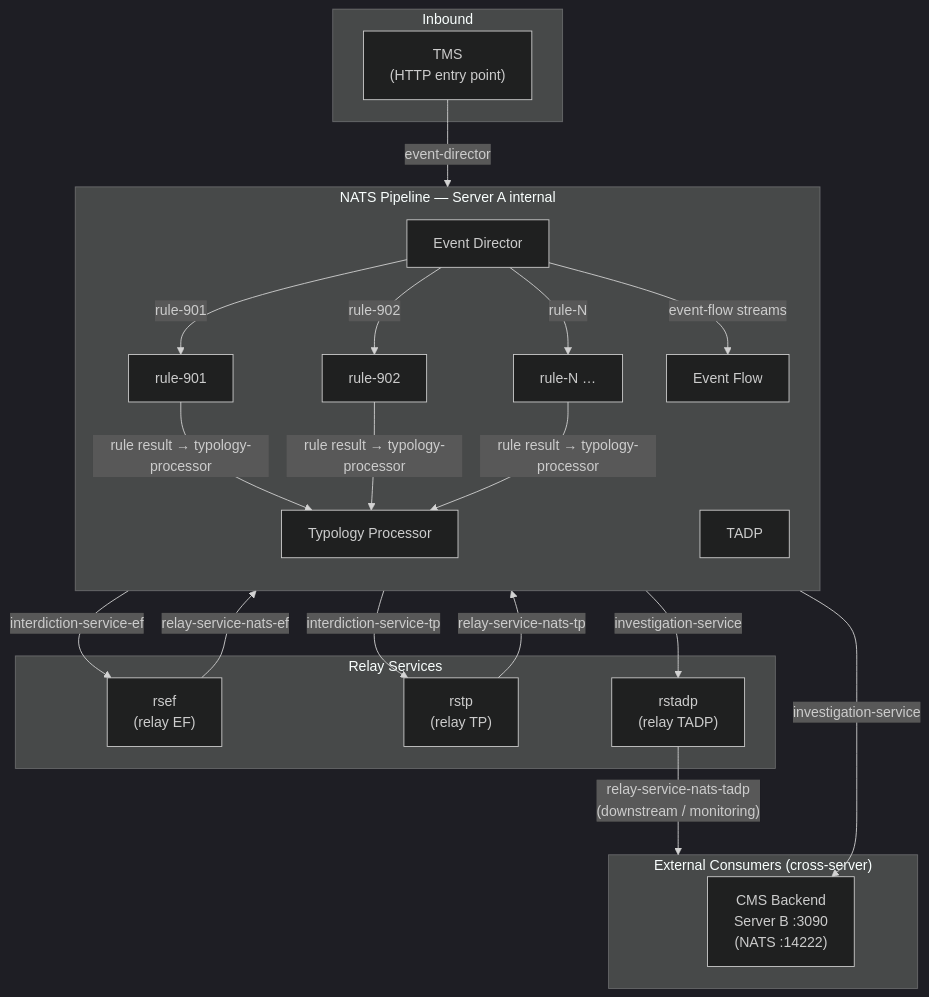
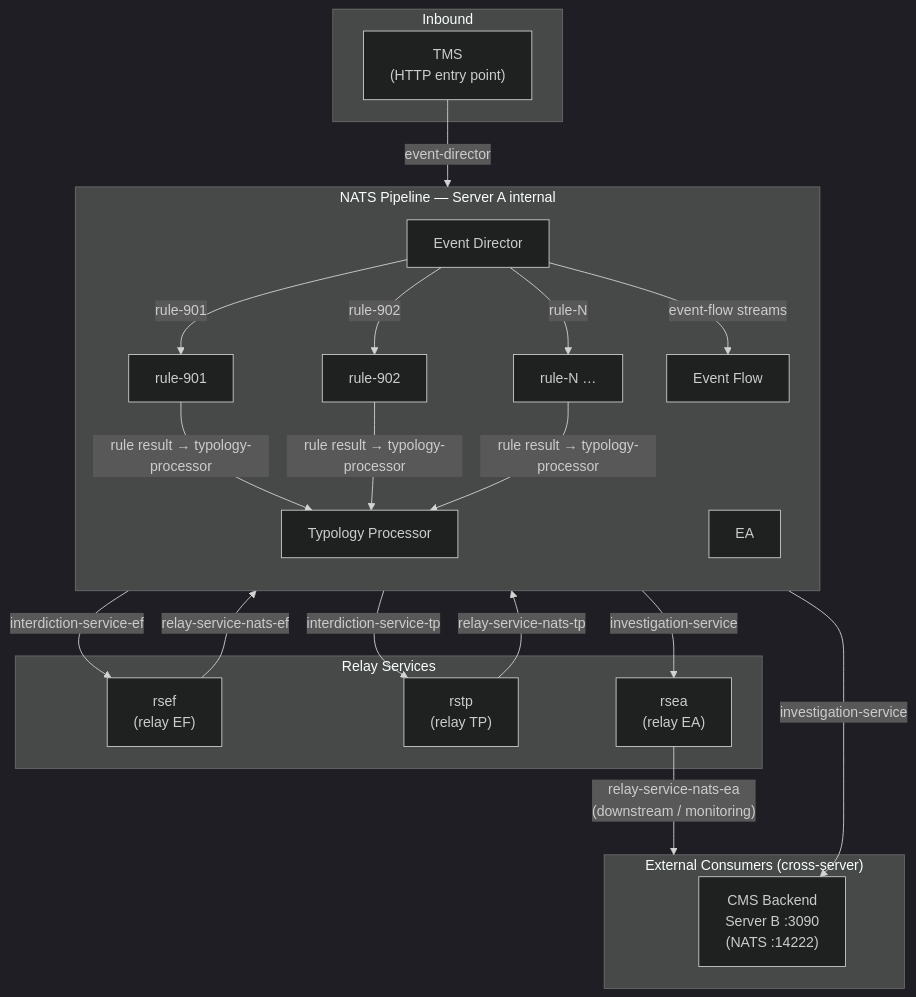
The sixth of 6 diagrams in infra/aws/end-to-end-service-flow.md (tazama-lf/Full-Stack-Docker-Tazama), drawn with Mermaid (dark theme) before and after one commit. The commit also changed other lines of this file and 28 other files, not shown here.

````diff
--- a/infra/aws/end-to-end-service-flow.md
+++ b/infra/aws/end-to-end-service-flow.md
@@ -511,43 +510,43 @@
 ```mermaid
 flowchart TD
     subgraph Inbound["Inbound"]
         TMS["TMS\n(HTTP entry point)"]
     end
 
     subgraph Pipeline["NATS Pipeline — Server A internal"]
         direction TB
         ED["Event Director"]
         R901["rule-901"]
         R902["rule-902"]
         Rn["rule-N …"]
         TP["Typology Processor"]
         EF["Event Flow"]
-        TADP["TADP"]
+        EA["EA"]
     end
 
     subgraph Relay["Relay Services"]
         RSEF["rsef\n(relay EF)"]
         RSTP["rstp\n(relay TP)"]
-        RSTADP["rstadp\n(relay TADP)"]
+        RSEA["rsea\n(relay EA)"]
     end
 
     subgraph External["External Consumers (cross-server)"]
         CMSbe["CMS Backend\nServer B :3090\n(NATS :14222)"]
     end
 
     TMS -- "event-director" --> ED
     ED -- "rule-901" --> R901
     ED -- "rule-902" --> R902
     ED -- "rule-N" --> Rn
     R901 -- "rule result → typology-processor" --> TP
     R902 -- "rule result → typology-processor" --> TP
     Rn -- "rule result → typology-processor" --> TP
     ED -- "event-flow streams" --> EF
     TP -- "interdiction-service-tp" --> RSTP
     EF -- "interdiction-service-ef" --> RSEF
-    RSTP -- "relay-service-nats-tp" --> TADP
-    RSEF -- "relay-service-nats-ef" --> TADP
-    TADP -- "investigation-service" --> RSTADP
-    TADP -- "investigation-service" --> CMSbe
-    RSTADP -- "relay-service-nats-tadp\n(downstream / monitoring)" --> External
+    RSTP -- "relay-service-nats-tp" --> EA
+    RSEF -- "relay-service-nats-ef" --> EA
+    EA -- "investigation-service" --> RSEA
+    EA -- "investigation-service" --> CMSbe
+    RSEA -- "relay-service-nats-ea\n(downstream / monitoring)" --> External
 ```
````
